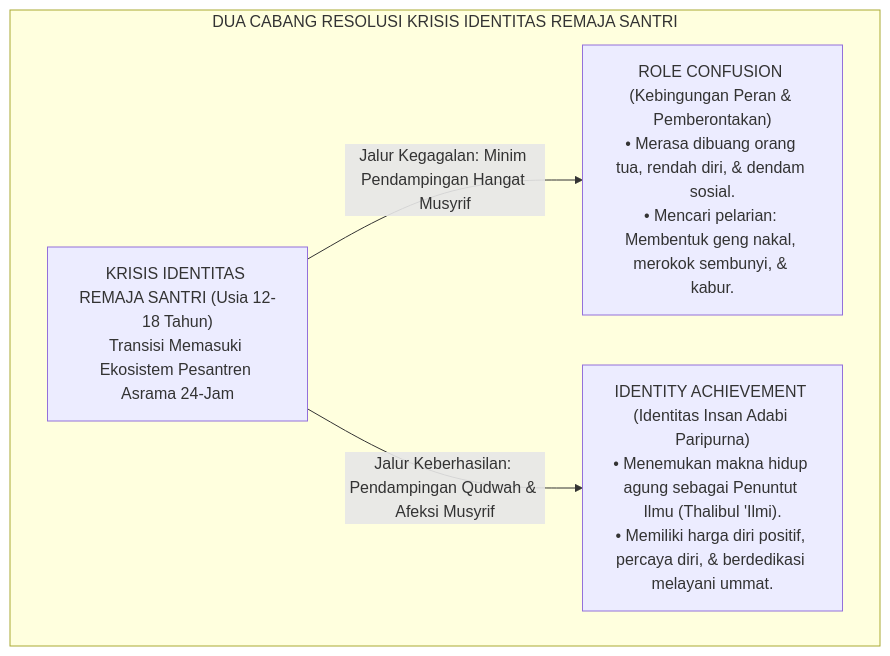
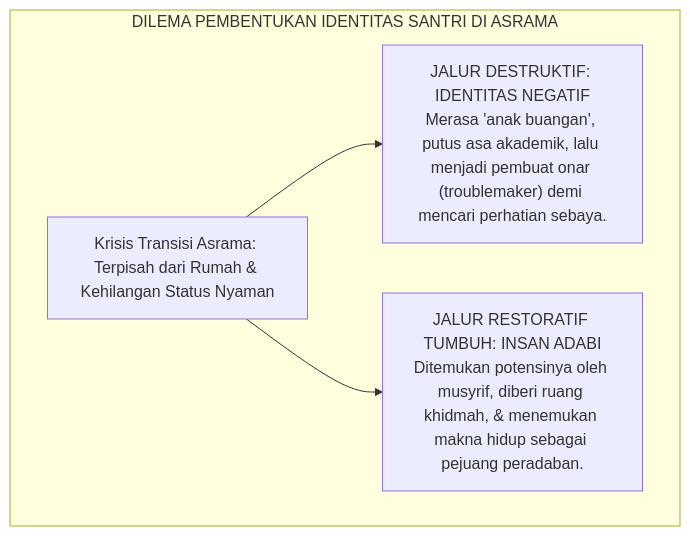
One commit to wandiapriliyandi/tumbuh changed the first of 2 diagrams in BOOK-SERIES/Volume-02/Bab-03-Trajektori-Biososial-Spiritual-Remaja-Pesantren/03-Krisis-Identitas-dan-Konstruksi-Konsep-Diri-Santri.md. Above: the diagram before and after it, drawn with Mermaid. The commit also changed other lines of this file and 18 other files, not shown here.

````diff
--- a/BOOK-SERIES/Volume-02/Bab-03-Trajektori-Biososial-Spiritual-Remaja-Pesantren/03-Krisis-Identitas-dan-Konstruksi-Konsep-Diri-Santri.md
+++ b/BOOK-SERIES/Volume-02/Bab-03-Trajektori-Biososial-Spiritual-Remaja-Pesantren/03-Krisis-Identitas-dan-Konstruksi-Konsep-Diri-Santri.md
@@ -20,10 +21,10 @@
 ```mermaid
 graph TD
-    subgraph KrisisIdentitasSantri["DUA CABANG RESOLUSI KRISIS IDENTITAS REMAJA SANTRI"]
-        Krisis["KRISIS IDENTITAS REMAJA SANTRI (Usia 12-18 Tahun)<br/>Transisi Memasuki Ekosistem Pesantren Asrama 24-Jam"]
+    subgraph DinamikaIdentitas["DILEMA PEMBENTUKAN IDENTITAS SANTRI DI ASRAMA"]
+        KrisisAwal["Krisis Transisi Asrama: Terpisah dari Rumah & Kehilangan Status Nyaman"]
         
-        Krisis -->|"Jalur Kegagalan: Minim Pendampingan Hangat Musyrif"| Difusi["ROLE CONFUSION (Kebingungan Peran & Pemberontakan)<br/>• Merasa dibuang orang tua, rendah diri, & dendam sosial.<br/>• Mencari pelarian: Membentuk geng nakal, merokok sembunyi, & kabur."]
+        KrisisAwal --> Jalur1["JALUR DESTRUKTIF: IDENTITAS NEGATIF<br/>Merasa 'anak buangan', putus asa akademik, lalu menjadi pembuat onar (troublemaker) demi mencari perhatian sebaya."]
         
-        Krisis -->|"Jalur Keberhasilan: Pendampingan Qudwah & Afeksi Musyrif"| Identitas["IDENTITY ACHIEVEMENT (Identitas Insan Adabi Paripurna)<br/>• Menemukan makna hidup agung sebagai Penuntut Ilmu (Thalibul 'Ilmi).<br/>• Memiliki harga diri positif, percaya diri, & berdedikasi melayani ummat."]
+        KrisisAwal --> Jalur2["JALUR RESTORATIF TUMBUH: INSAN ADABI<br/>Ditemukan potensinya oleh musyrif, diberi ruang khidmah, & menemukan makna hidup sebagai pejuang peradaban."]
     end
 ```
````
